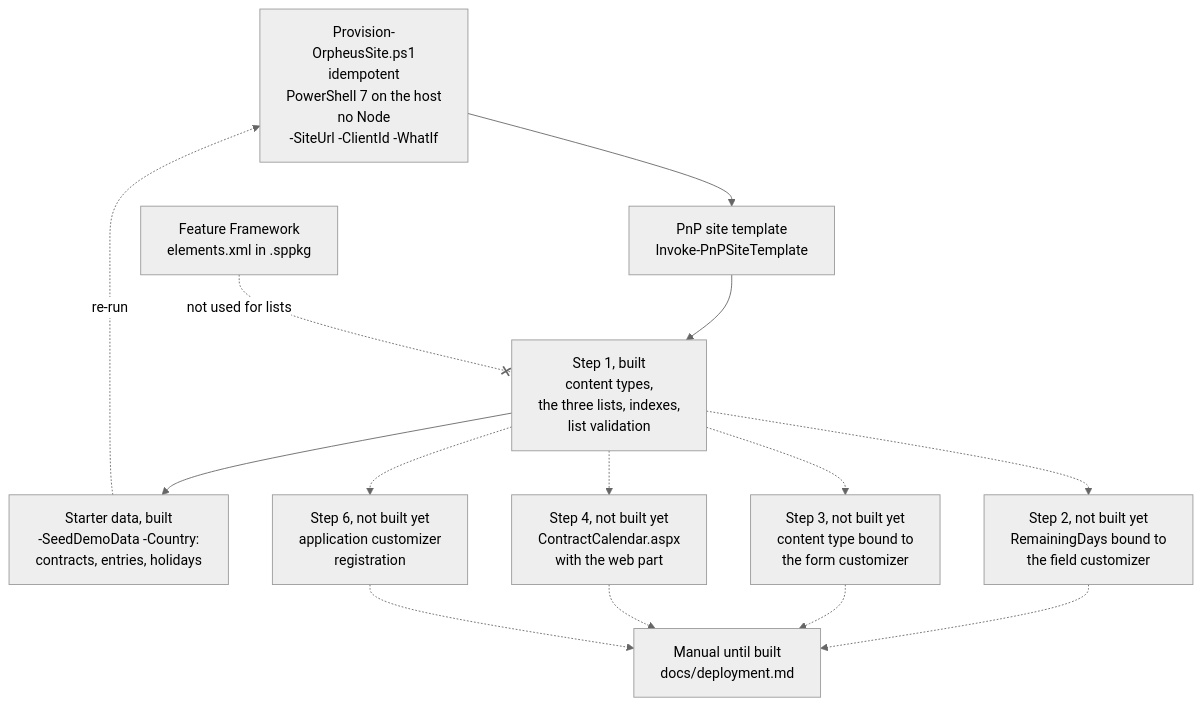
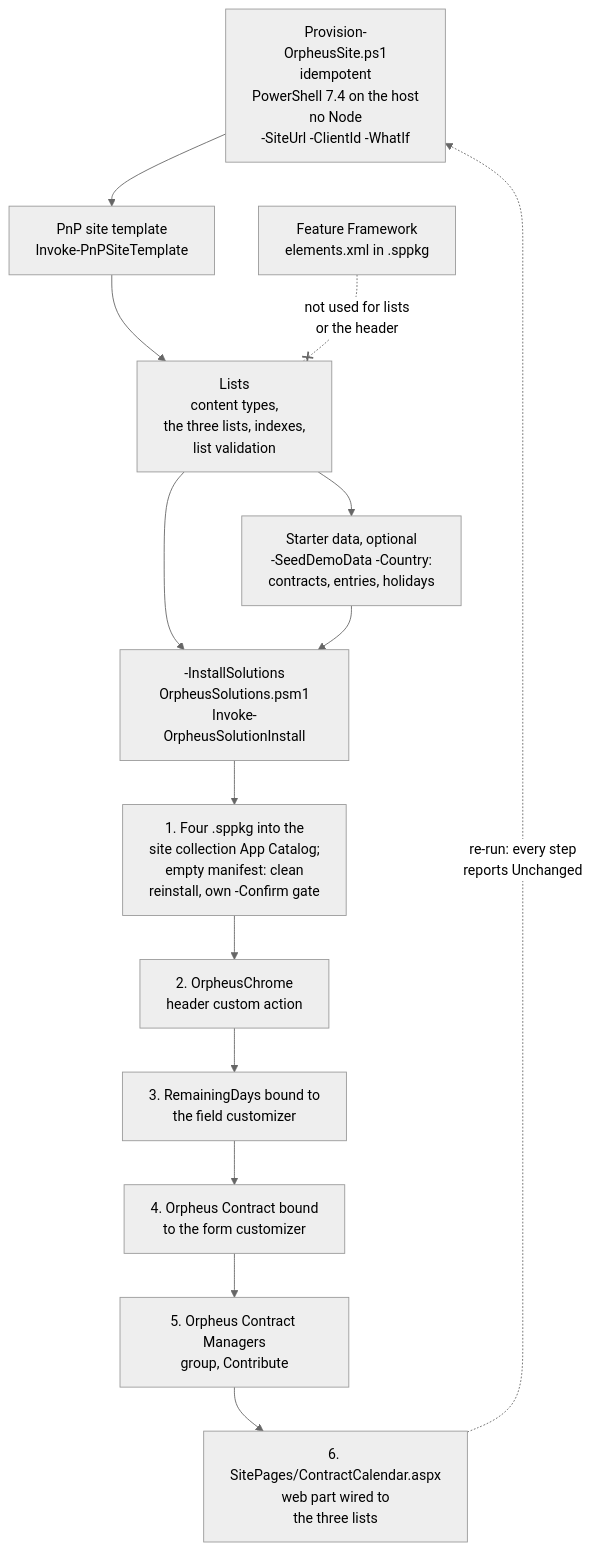
One commit to Sartor87/orpheus-systems-sharepoint changed the diagram in architecture/adr/0006-idempotent-pnp-powershell-provisioning.md. Above: the diagram before and after it, drawn with Mermaid (neutral theme). The commit also changed other lines of this file and 12 other files, not shown here.

First line of the commit message:
docs(architecture): diagrams and ADR amendments for provisioning, roles and CI

````diff
--- a/architecture/adr/0006-idempotent-pnp-powershell-provisioning.md
+++ b/architecture/adr/0006-idempotent-pnp-powershell-provisioning.md
@@ -38,13 +38,16 @@
 ```mermaid
 flowchart TB
-  RUN["Provision-<br/>OrpheusSite.ps1<br/>idempotent<br/>PowerShell 7 on the host<br/>no Node<br/>-SiteUrl -ClientId -WhatIf"] --> TPL["PnP site template<br/>Invoke-PnPSiteTemplate"]
-  TPL --> S1["Step 1, built<br/>content types,<br/>the three lists, indexes,<br/>list validation"]
-  S1 --> S5["Starter data, built<br/>-SeedDemoData -Country:<br/>contracts, entries, holidays"]
-  S1 -.-> S2["Step 2, not built yet<br/>RemainingDays bound to<br/>the field customizer"]
-  S1 -.-> S3["Step 3, not built yet<br/>content type bound to<br/>the form customizer"]
-  S1 -.-> S4["Step 4, not built yet<br/>ContractCalendar.aspx<br/>with the web part"]
-  S1 -.-> S6["Step 6, not built yet<br/>application customizer<br/>registration"]
-  S2 & S3 & S4 & S6 -.-> MAN["Manual until built<br/>docs/deployment.md"]
-  S5 -.->|"re-run"| RUN
-  FF["Feature Framework<br/>elements.xml in .sppkg"] -.-x|"not used for lists"| S1
+  RUN["Provision-<br/>OrpheusSite.ps1<br/>idempotent<br/>PowerShell 7.4 on the host<br/>no Node<br/>-SiteUrl -ClientId -WhatIf"] --> TPL["PnP site template<br/>Invoke-PnPSiteTemplate"]
+  TPL --> S1["Lists<br/>content types,<br/>the three lists, indexes,<br/>list validation"]
+  S1 --> S5["Starter data, optional<br/>-SeedDemoData -Country:<br/>contracts, entries, holidays"]
+  S1 --> INS["-InstallSolutions<br/>OrpheusSolutions.psm1<br/>Invoke-OrpheusSolutionInstall"]
+  S5 --> INS
+  INS --> A1["1. Four .sppkg into the<br/>site collection App Catalog;<br/>empty manifest: clean<br/>reinstall, own -Confirm gate"]
+  A1 --> A2["2. OrpheusChrome<br/>header custom action"]
+  A2 --> A3["3. RemainingDays bound to<br/>the field customizer"]
+  A3 --> A4["4. Orpheus Contract bound<br/>to the form customizer"]
+  A4 --> A5["5. Orpheus Contract Managers<br/>group, Contribute"]
+  A5 --> A6["6. SitePages/ContractCalendar.aspx<br/>web part wired to<br/>the three lists"]
+  A6 -.->|"re-run: every step<br/>reports Unchanged"| RUN
+  FF["Feature Framework<br/>elements.xml in .sppkg"] -.-x|"not used for lists<br/>or the header"| S1
 ```
````
